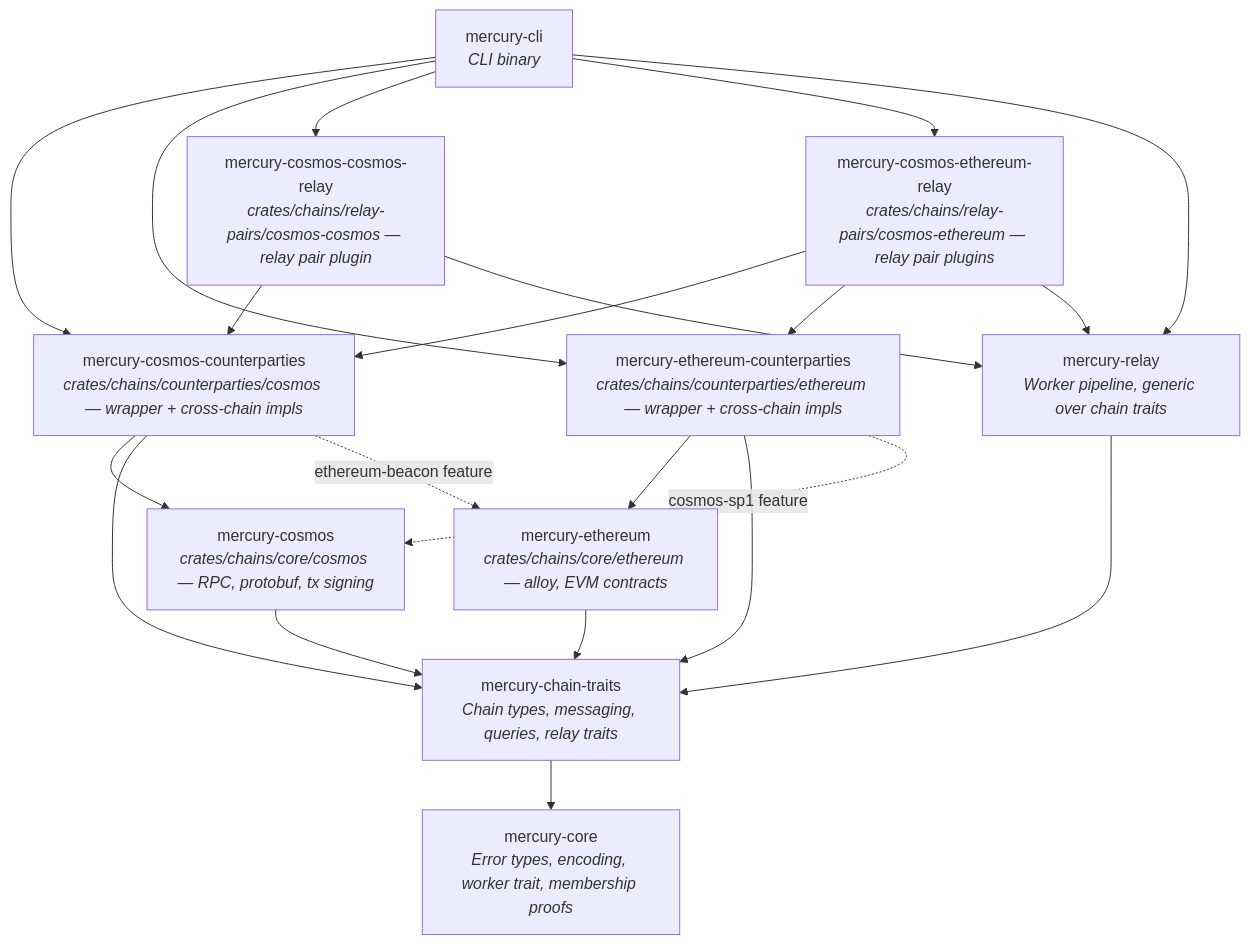
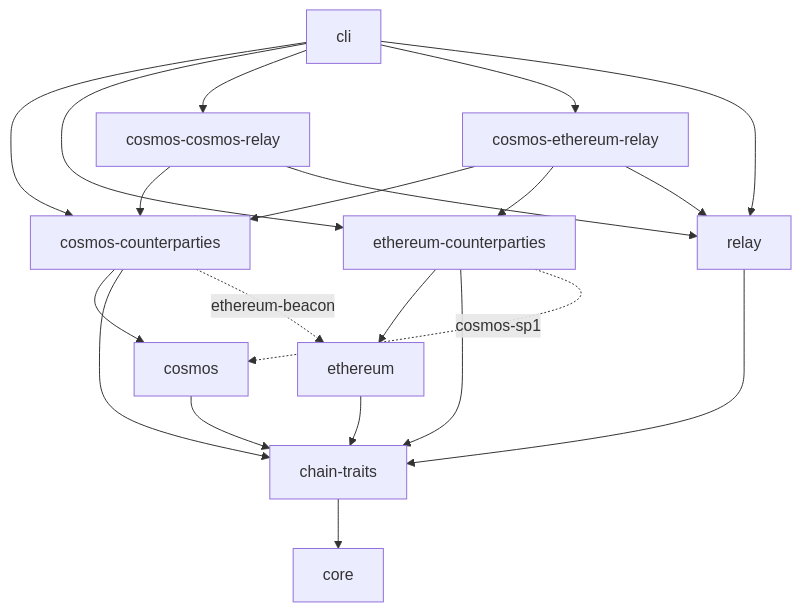
The first of 2 diagrams in docs/architecture.md (vaporif/mercury), drawn with Mermaid before and after one commit. The commit also changed other lines of this file, not shown here.

````diff
--- a/docs/architecture.md
+++ b/docs/architecture.md
@@ -238,34 +77,23 @@
 ```mermaid
 graph TD
-    CLI[mercury-cli<br/><i>CLI binary</i>]
-    COSMOS[mercury-cosmos<br/><i>crates/chains/core/cosmos — RPC, protobuf, tx signing</i>]
-    ETH[mercury-ethereum<br/><i>crates/chains/core/ethereum — alloy, EVM contracts</i>]
-    COSMOS_BR[mercury-cosmos-counterparties<br/><i>crates/chains/counterparties/cosmos — wrapper + cross-chain impls</i>]
-    ETH_BR[mercury-ethereum-counterparties<br/><i>crates/chains/counterparties/ethereum — wrapper + cross-chain impls</i>]
-    CCR[mercury-cosmos-cosmos-relay<br/><i>crates/chains/relay-pairs/cosmos-cosmos — relay pair plugin</i>]
-    CER[mercury-cosmos-ethereum-relay<br/><i>crates/chains/relay-pairs/cosmos-ethereum — relay pair plugins</i>]
-    RELAY[mercury-relay<br/><i>Worker pipeline, generic over chain traits</i>]
-    TRAITS[mercury-chain-traits<br/><i>Chain types, messaging, queries, relay traits</i>]
-    CORE[mercury-core<br/><i>Error types, encoding, worker trait, membership proofs</i>]
+    CLI[cli]
+    COSMOS[cosmos]
+    ETH[ethereum]
+    COSMOS_CP[cosmos-counterparties]
+    ETH_CP[ethereum-counterparties]
+    CCR[cosmos-cosmos-relay]
+    CER[cosmos-ethereum-relay]
+    RELAY[relay]
+    TRAITS[chain-traits]
+    CORE[core]
 
-    CLI --> COSMOS_BR
-    CLI --> ETH_BR
-    CLI --> CCR
-    CLI --> CER
-    CLI --> RELAY
-    CCR --> COSMOS_BR
-    CCR --> RELAY
-    CER --> COSMOS_BR
-    CER --> ETH_BR
-    CER --> RELAY
-    COSMOS_BR --> COSMOS
-    COSMOS_BR --> TRAITS
-    COSMOS_BR -. "ethereum-beacon feature" .-> ETH
-    ETH_BR --> ETH
-    ETH_BR --> TRAITS
-    ETH_BR -. "cosmos-sp1 feature" .-> COSMOS
-    COSMOS --> TRAITS
-    ETH --> TRAITS
-    RELAY --> TRAITS
-    TRAITS --> CORE
+    CLI --> COSMOS_CP & ETH_CP & CCR & CER & RELAY
+    CCR --> COSMOS_CP & RELAY
+    CER --> COSMOS_CP & ETH_CP & RELAY
+    COSMOS_CP --> COSMOS & TRAITS
+    COSMOS_CP -. ethereum-beacon .-> ETH
+    ETH_CP --> ETH & TRAITS
+    ETH_CP -. cosmos-sp1 .-> COSMOS
+    COSMOS & ETH --> TRAITS
+    RELAY --> TRAITS --> CORE
 ```
````
